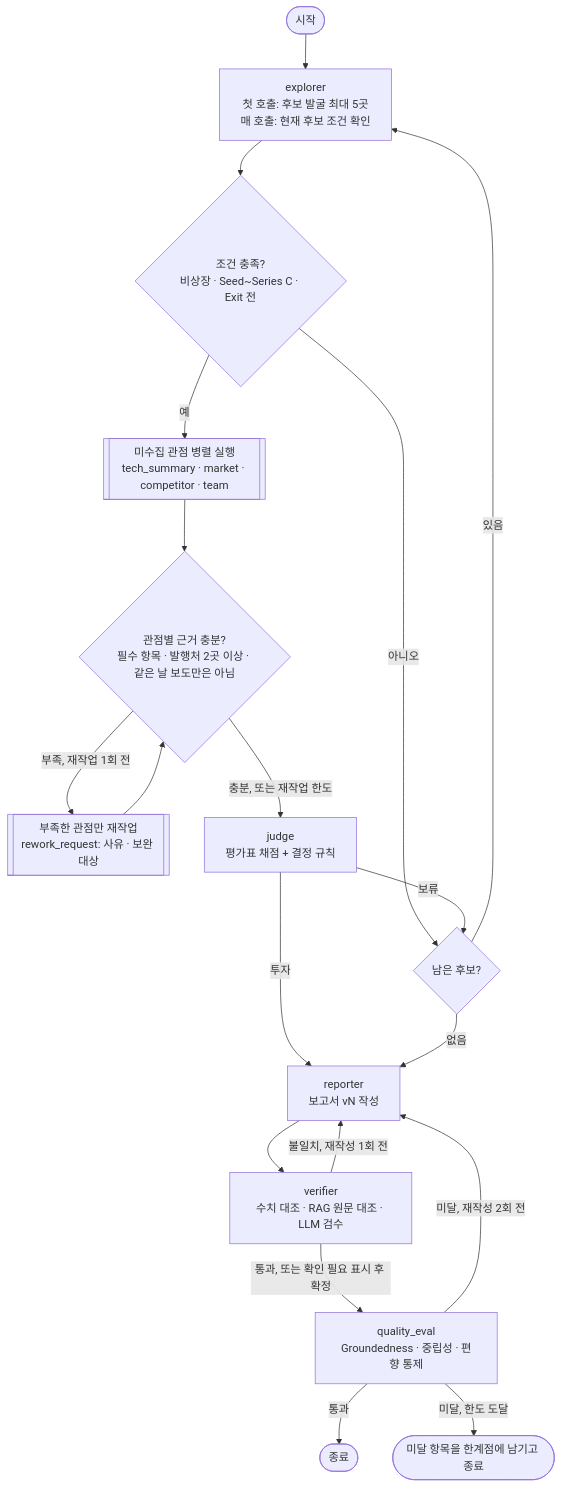
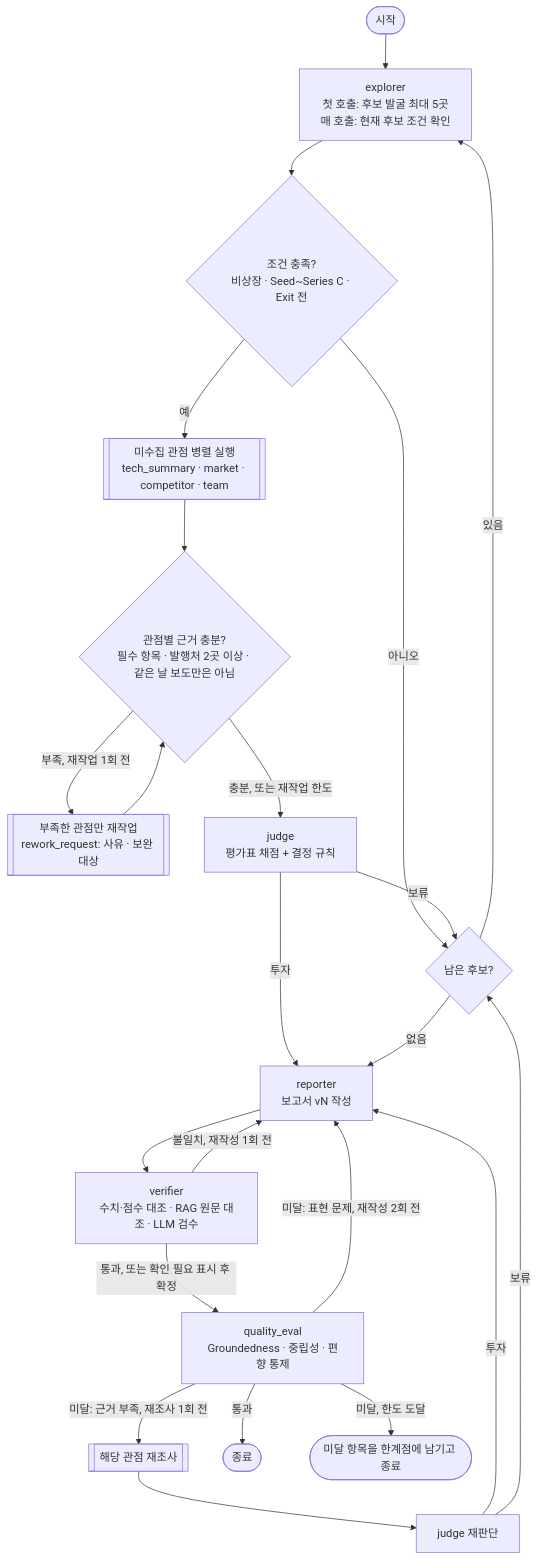
Before and after one commit to 97-99-02/multi-agent-orchestration: the first of 2 diagrams in README.md, drawn with Mermaid. The commit also changed other lines of this file, not shown here.

First line of the commit message:
docs(readme): 가이드 평가 기준에 맞춰 README 재작성

````diff
--- a/README.md
+++ b/README.md
@@ -58,21 +81,25 @@
 ```mermaid
 graph TD
     START([시작]) --> EX[explorer<br/>첫 호출: 후보 발굴 최대 5곳<br/>매 호출: 현재 후보 조건 확인]
     EX --> C1{조건 충족?<br/>비상장 · Seed~Series C · Exit 전}
     C1 -->|아니오| NEXT{남은 후보?}
     C1 -->|예| PAR[[미수집 관점 병렬 실행<br/>tech_summary · market · competitor · team]]
     PAR --> EV{관점별 근거 충분?<br/>필수 항목 · 발행처 2곳 이상 · 같은 날 보도만은 아님}
     EV -->|부족, 재작업 1회 전| RW[[부족한 관점만 재작업<br/>rework_request: 사유 · 보완 대상]]
     RW --> EV
     EV -->|충분, 또는 재작업 한도| JD[judge<br/>평가표 채점 + 결정 규칙]
     JD -->|보류| NEXT
     NEXT -->|있음| EX
     JD -->|투자| RP[reporter<br/>보고서 vN 작성]
     NEXT -->|없음| RP
-    RP --> VF[verifier<br/>수치 대조 · RAG 원문 대조 · LLM 검수]
+    RP --> VF[verifier<br/>수치·점수 대조 · RAG 원문 대조 · LLM 검수]
     VF -->|불일치, 재작성 1회 전| RP
     VF -->|통과, 또는 확인 필요 표시 후 확정| QE[quality_eval<br/>Groundedness · 중립성 · 편향 통제]
-    QE -->|미달, 재작성 2회 전| RP
+    QE -->|미달: 표현 문제, 재작성 2회 전| RP
+    QE -->|미달: 근거 부족, 재조사 1회 전| RS[[해당 관점 재조사]]
+    RS --> JD2[judge 재판단]
+    JD2 -->|투자| RP
+    JD2 -->|보류| NEXT
     QE -->|통과| END([종료])
     QE -->|미달, 한도 도달| END2([미달 항목을 한계점에 남기고 종료])
 ```
````
